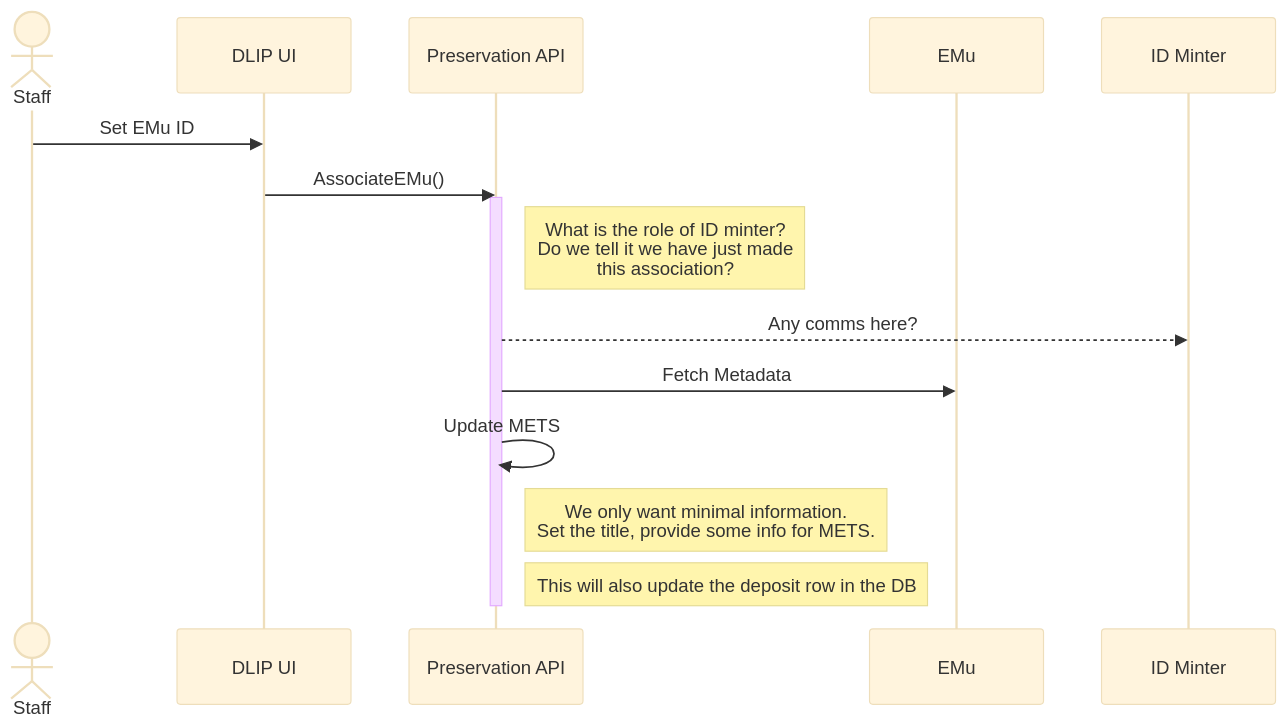
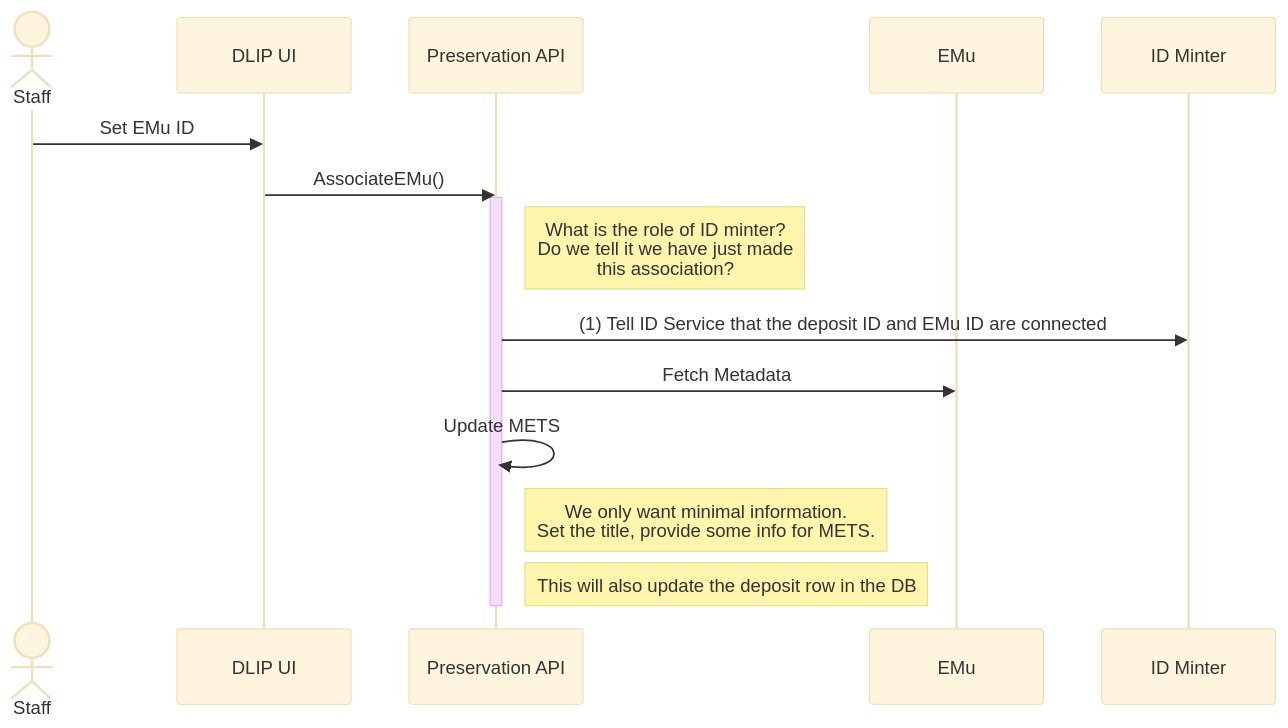
The diagram in sequence-diagrams/calling-emu.md (digirati-co-uk/digital-preservation-docs), drawn with Mermaid (base theme) before and after one commit. The commit also changed other lines of this file, not shown here.

````diff
--- a/sequence-diagrams/calling-emu.md
+++ b/sequence-diagrams/calling-emu.md
@@ -9,19 +9,19 @@
 ```mermaid
 sequenceDiagram
     actor A as Staff
     participant UI as DLIP UI
     participant API as Preservation API
     participant EMu
     participant ID as ID Minter
 
     A->>UI: Set EMu ID
     UI->>API: AssociateEMu()
     activate API
     note right of API: What is the role of ID minter?<br>Do we tell it we have just made<br>this association?
-    API-->>ID: Any comms here?
+    API->>ID: (1) Tell ID Service that the deposit ID and EMu ID are connected
     API->>EMu: Fetch Metadata
     API->>API: Update METS
     note right of API: We only want minimal information.<br>Set the title, provide some info for METS.
     note right of API: This will also update the deposit row in the DB
     deactivate API
 ```
````
